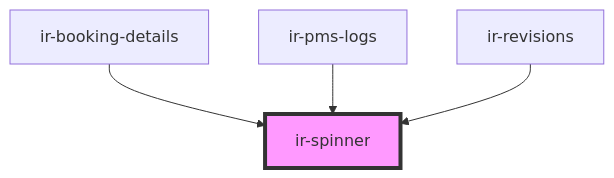
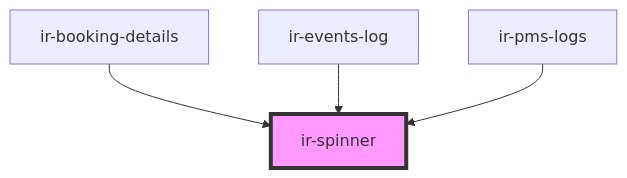
Before and after one commit to David1Chowaifaty/modified-ir-webcmp: the diagram in src/components/ui/ir-spinner/readme.md, drawn with Mermaid. The commit also changed other lines of this file and 44 other files, not shown here.

````diff
--- a/src/components/ui/ir-spinner/readme.md
+++ b/src/components/ui/ir-spinner/readme.md
@@ -27,7 +27,7 @@
 ```mermaid
 graph TD;
   ir-booking-details --> ir-spinner
+  ir-events-log --> ir-spinner
   ir-pms-logs --> ir-spinner
-  ir-revisions --> ir-spinner
   style ir-spinner fill:#f9f,stroke:#333,stroke-width:4px
 ```
````
